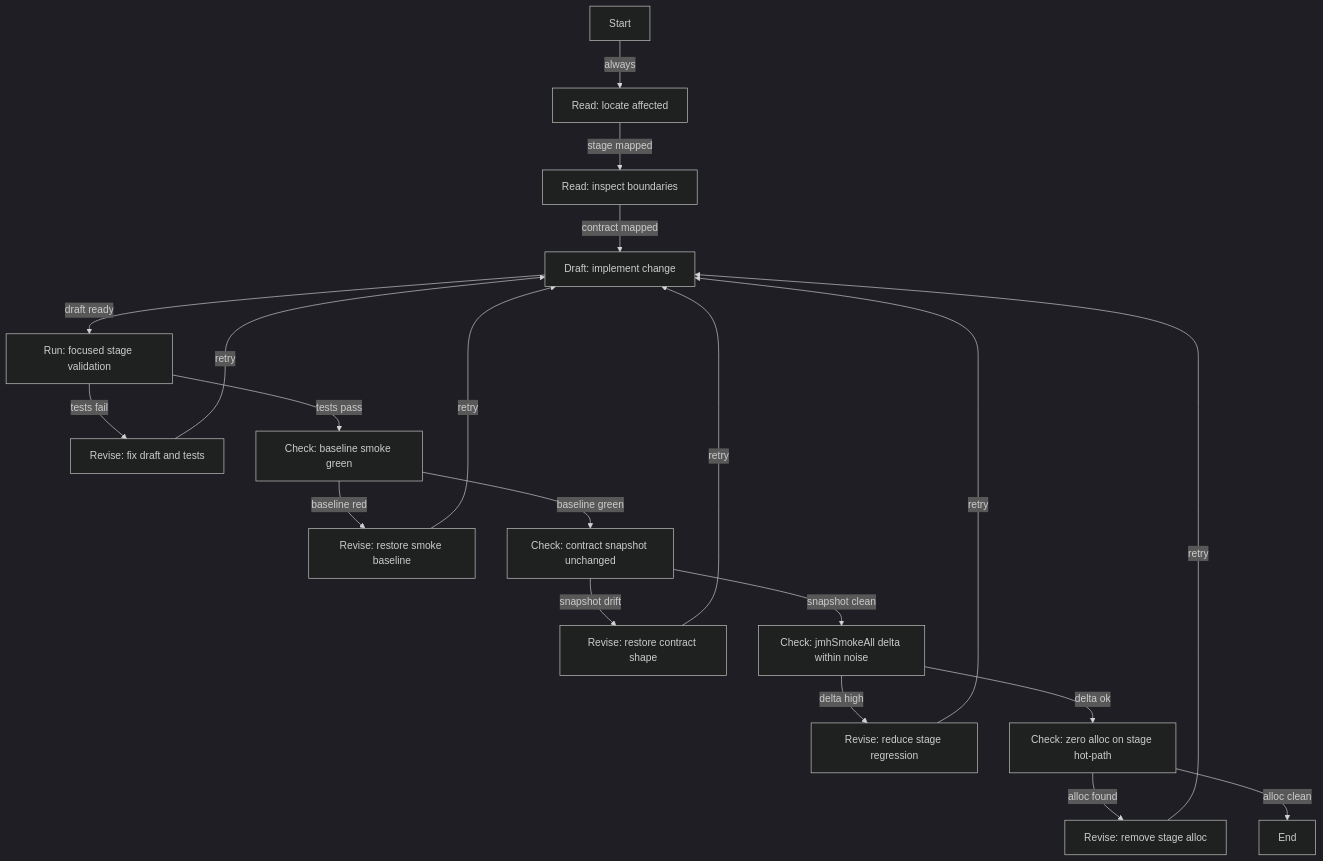
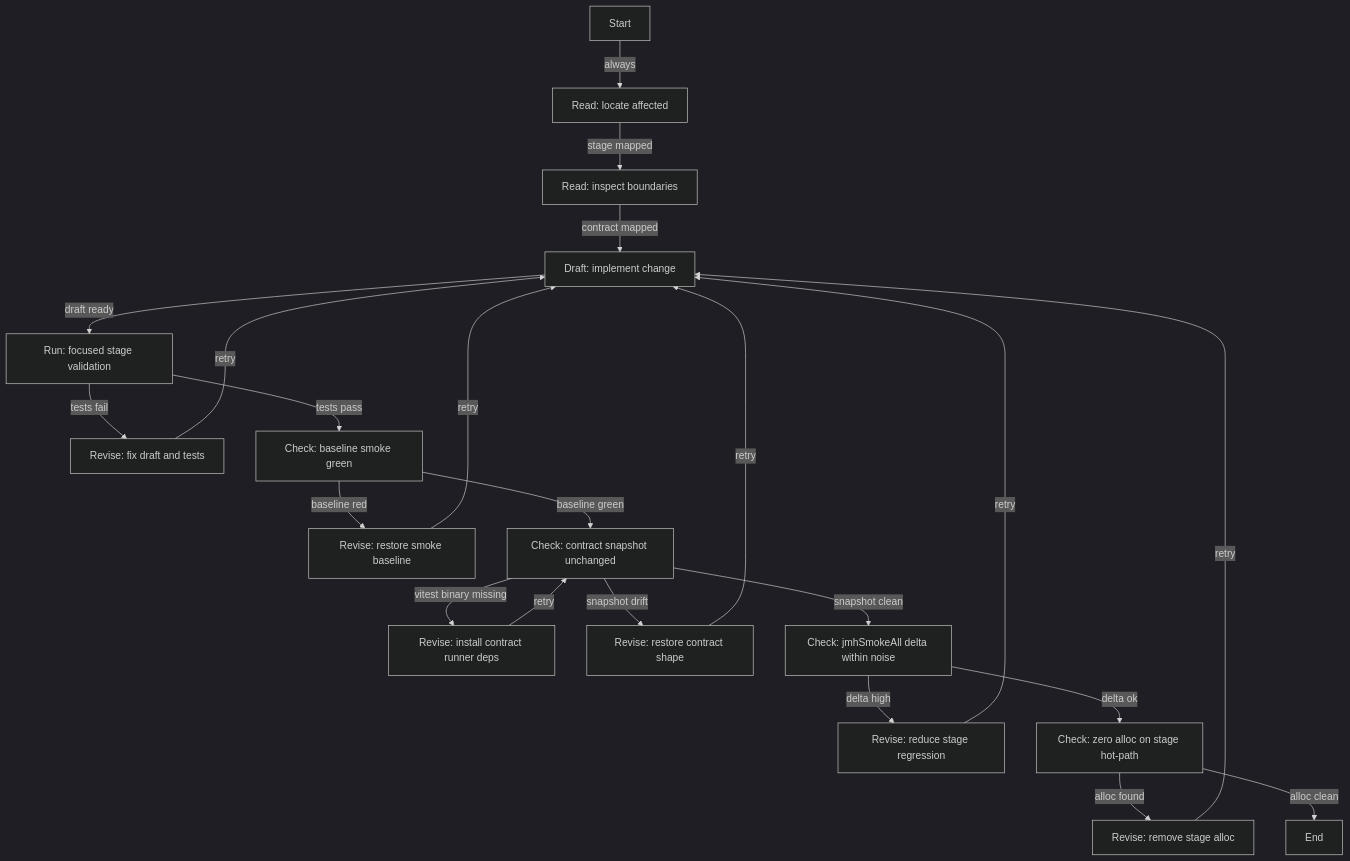
The diagram in braid/templates/trp-implement-pipeline-stage.mmd (joshorig/orchestrator), drawn with Mermaid (dark theme) before and after one commit. The commit also changed 3 other files, not shown here.

```diff
--- a/braid/templates/trp-implement-pipeline-stage.mmd
+++ b/braid/templates/trp-implement-pipeline-stage.mmd
@@ -1,20 +1,22 @@
 flowchart TD;
     Start[Start] -- "always" --> ReadStage[Read: locate affected <stage>];
     ReadStage -- "stage mapped" --> ReadContract[Read: inspect <contract> boundaries];
     ReadContract -- "contract mapped" --> Draft[Draft: implement <stage> change];
     Draft -- "draft ready" --> RunTests[Run: focused stage validation];
     RunTests -- "tests fail" --> ReviseCheck1[Revise: fix draft and tests];
     ReviseCheck1 -- "retry" --> Draft;
     RunTests -- "tests pass" --> CheckBase[Check: baseline smoke green];
     CheckBase -- "baseline red" --> ReviseCheck2[Revise: restore smoke baseline];
     ReviseCheck2 -- "retry" --> Draft;
     CheckBase -- "baseline green" --> CheckContract[Check: contract snapshot unchanged];
+    CheckContract -- "vitest binary missing" --> FixContractRunner[Revise: install contract runner deps];
+    FixContractRunner -- "retry" --> CheckContract;
     CheckContract -- "snapshot drift" --> ReviseCheck3[Revise: restore contract shape];
     ReviseCheck3 -- "retry" --> Draft;
     CheckContract -- "snapshot clean" --> CheckJmh[Check: jmhSmokeAll delta within noise];
     CheckJmh -- "delta high" --> ReviseCheck4[Revise: reduce stage regression];
     ReviseCheck4 -- "retry" --> Draft;
     CheckJmh -- "delta ok" --> CheckAlloc[Check: zero alloc on stage hot-path];
     CheckAlloc -- "alloc found" --> ReviseCheck5[Revise: remove stage alloc];
     ReviseCheck5 -- "retry" --> Draft;
     CheckAlloc -- "alloc clean" --> End[End];
```
